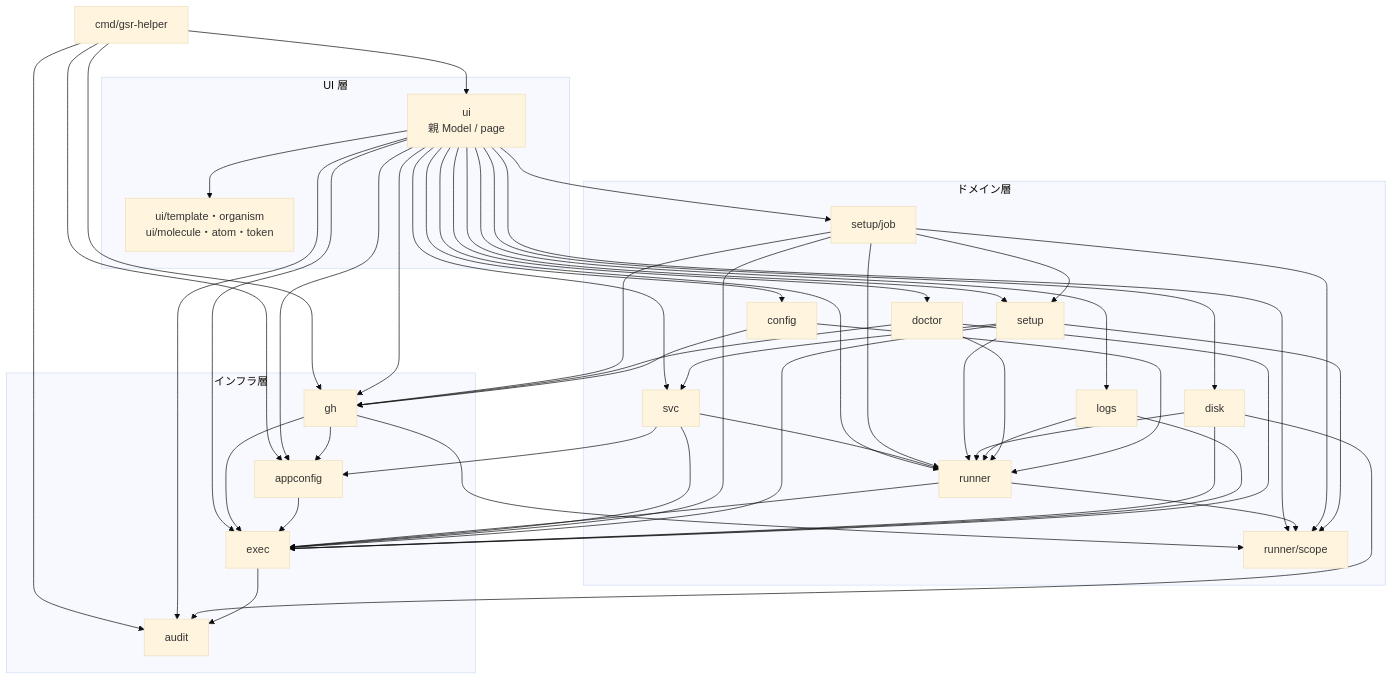
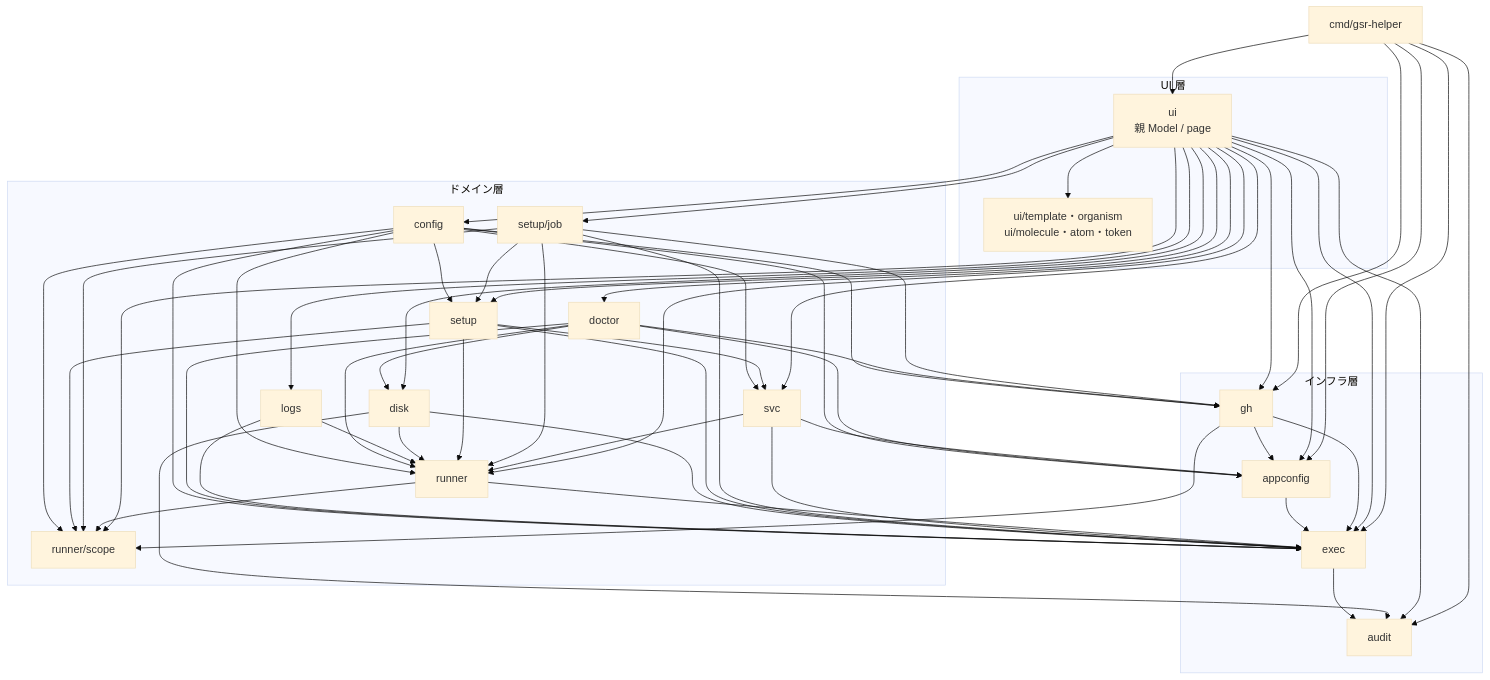
Before and after one commit to ousiassllc/gsr-helper: the diagram in docs/components/overview.md, drawn with Mermaid (base theme). The commit also changed other lines of this file, not shown here.

Commit message:
docs: 依存グラフの辺を実装の import と全件突き合わせて 8 本補う (#129)

```diff
--- a/docs/components/overview.md
+++ b/docs/components/overview.md
@@ -36,6 +36,7 @@
     Main --> Appconf
     Main --> Audit
     Main --> GH
+    Main --> Exec
 
     UIApp --> UIParts
 
@@ -64,8 +65,11 @@
     Logs --> Runner
     Doctor --> Runner
     Doctor --> GH
+    Doctor --> Disk
     Config --> Runner
     Config --> GH
+    Config --> Svc
+    Config --> Setup
 
     Runner --> Exec
     Runner --> RScope
@@ -78,6 +82,10 @@
     Disk --> Audit
     Logs --> Exec
     Doctor --> Exec
+    Doctor --> Appconf
+    Config --> Exec
+    Config --> RScope
+    Config --> Appconf
     GH --> Exec
     GH --> RScope
     GH --> Appconf
```
